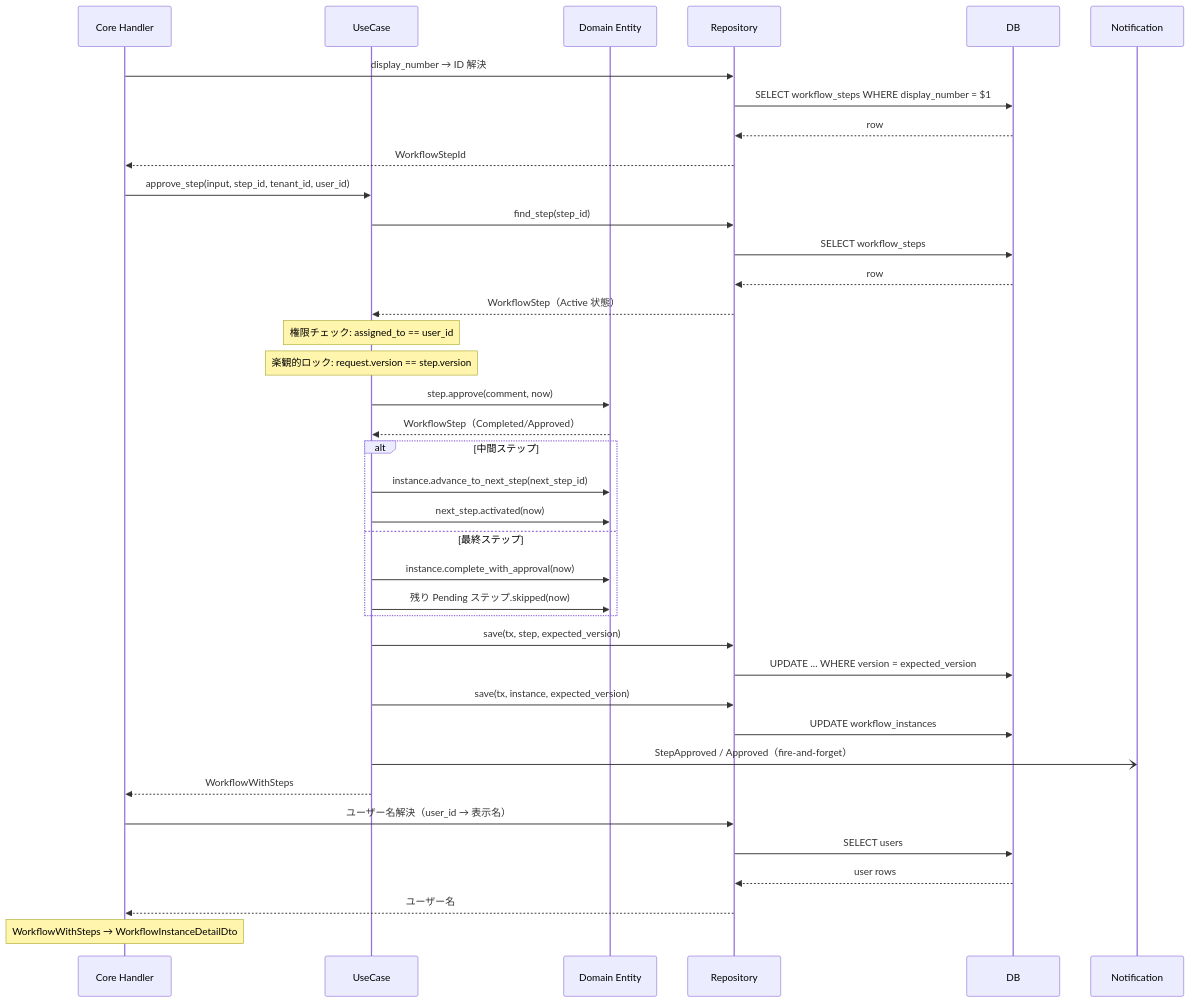
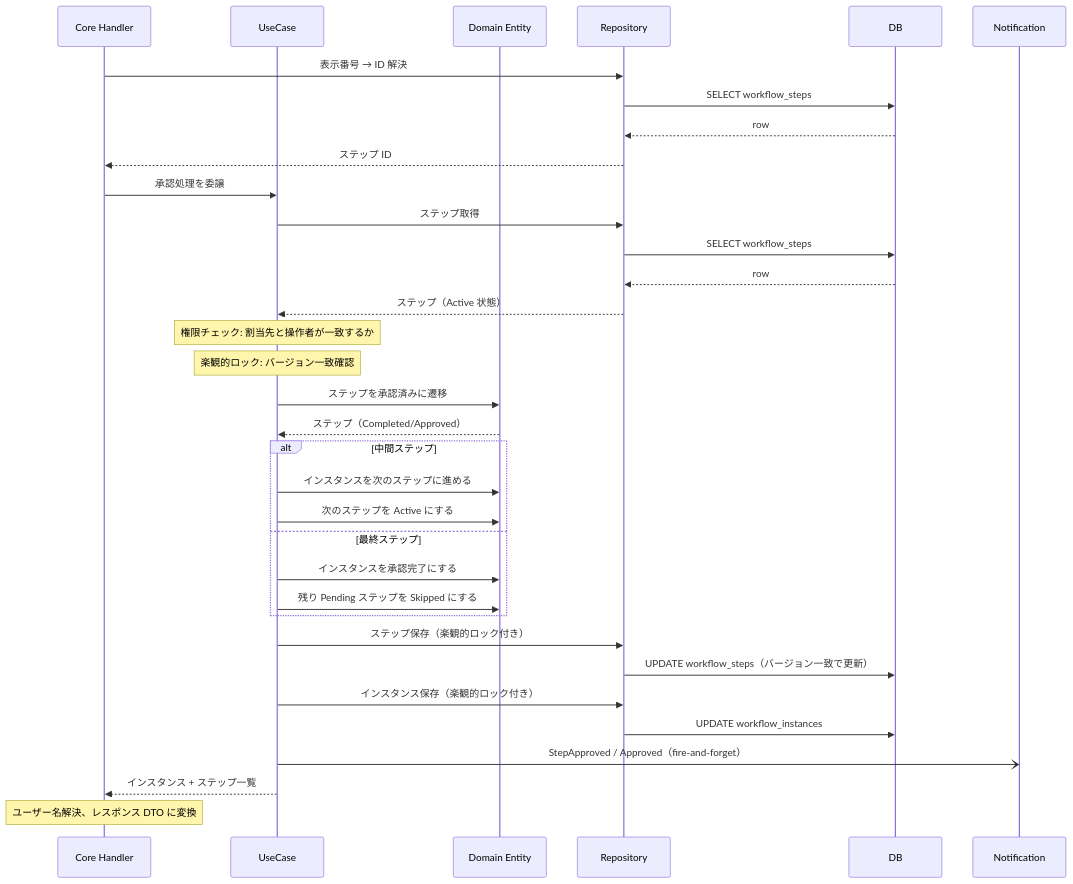
The fourth of 6 diagrams in docs/90_実装解説/ワークフロー/02_承認・却下フロー.md (ka2kama/ringiflow), drawn with Mermaid before and after one commit. The commit also changed other lines of this file and 4 other files, not shown here.

First line of the commit message:
#1128 Add remaining workflow E2E flow docs (#1133)

````diff
--- a/docs/90_実装解説/ワークフロー/02_承認・却下フロー.md
+++ b/docs/90_実装解説/ワークフロー/02_承認・却下フロー.md
@@ -165,49 +165,45 @@
 ```mermaid
 sequenceDiagram
     participant Handler as Core Handler
     participant UC as UseCase
     participant Domain as Domain Entity
     participant Repo as Repository
     participant DB as DB
     participant Notify as Notification
 
-    Handler->>Repo: display_number → ID 解決
-    Repo->>DB: SELECT workflow_steps WHERE display_number = $1
-    DB-->>Repo: row
-    Repo-->>Handler: WorkflowStepId
-
-    Handler->>UC: approve_step(input, step_id, tenant_id, user_id)
-
-    UC->>Repo: find_step(step_id)
+    Handler->>Repo: 表示番号 → ID 解決
     Repo->>DB: SELECT workflow_steps
     DB-->>Repo: row
-    Repo-->>UC: WorkflowStep（Active 状態）
+    Repo-->>Handler: ステップ ID
 
-    Note over UC: 権限チェック: assigned_to == user_id
-    Note over UC: 楽観的ロック: request.version == step.version
+    Handler->>UC: 承認処理を委譲
 
-    UC->>Domain: step.approve(comment, now)
-    Domain-->>UC: WorkflowStep（Completed/Approved）
+    UC->>Repo: ステップ取得
+    Repo->>DB: SELECT workflow_steps
+    DB-->>Repo: row
+    Repo-->>UC: ステップ（Active 状態）
+
+    Note over UC: 権限チェック: 割当先と操作者が一致するか
+    Note over UC: 楽観的ロック: バージョン一致確認
+
+    UC->>Domain: ステップを承認済みに遷移
+    Domain-->>UC: ステップ（Completed/Approved）
 
     alt 中間ステップ
-        UC->>Domain: instance.advance_to_next_step(next_step_id)
-        UC->>Domain: next_step.activated(now)
+        UC->>Domain: インスタンスを次のステップに進める
+        UC->>Domain: 次のステップを Active にする
     else 最終ステップ
-        UC->>Domain: instance.complete_with_approval(now)
-        UC->>Domain: 残り Pending ステップ.skipped(now)
+        UC->>Domain: インスタンスを承認完了にする
+        UC->>Domain: 残り Pending ステップを Skipped にする
     end
 
-    UC->>Repo: save(tx, step, expected_version)
-    Repo->>DB: UPDATE ... WHERE version = expected_version
-    UC->>Repo: save(tx, instance, expected_version)
+    UC->>Repo: ステップ保存（楽観的ロック付き）
+    Repo->>DB: UPDATE workflow_steps（バージョン一致で更新）
+    UC->>Repo: インスタンス保存（楽観的ロック付き）
     Repo->>DB: UPDATE workflow_instances
 
     UC-)Notify: StepApproved / Approved（fire-and-forget）
 
-    UC-->>Handler: WorkflowWithSteps
-    Handler->>Repo: ユーザー名解決（user_id → 表示名）
-    Repo->>DB: SELECT users
-    DB-->>Repo: user rows
-    Repo-->>Handler: ユーザー名
-    Note over Handler: WorkflowWithSteps → WorkflowInstanceDetailDto
+    UC-->>Handler: インスタンス + ステップ一覧
+    Note over Handler: ユーザー名解決、レスポンス DTO に変換
 ```
````
